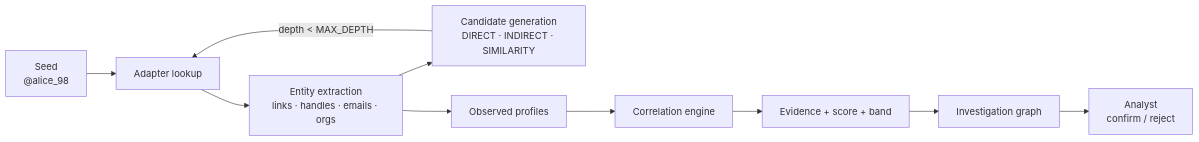
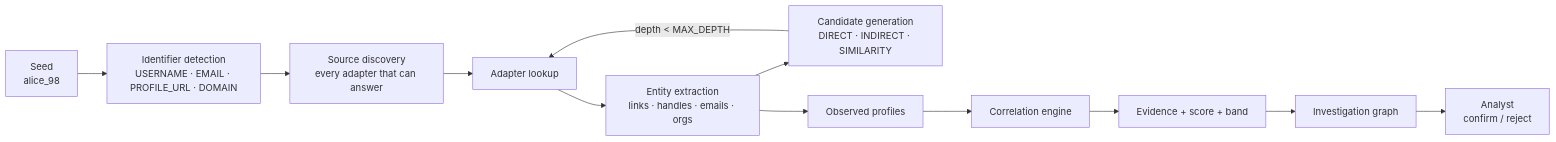
One commit to antsyyy/omnicient changed the second of 4 diagrams in README.md. Above: the diagram before and after it, drawn with Mermaid. The commit also changed other lines of this file, not shown here.

````diff
--- a/README.md
+++ b/README.md
@@ -147,12 +162,14 @@
 ```mermaid
 flowchart LR
-    S["Seed<br/>@alice_98"] --> L["Adapter lookup"]
+    S["Seed<br/>alice_98"] --> D["Identifier detection<br/>USERNAME · EMAIL · PROFILE_URL · DOMAIN"]
+    D --> SD["Source discovery<br/>every adapter that can answer"]
+    SD --> L["Adapter lookup"]
     L --> X["Entity extraction<br/>links · handles · emails · orgs"]
     X --> C["Candidate generation<br/>DIRECT · INDIRECT · SIMILARITY"]
     C -->|"depth < MAX_DEPTH"| L
     X --> P["Observed profiles"]
     P --> CORR["Correlation engine"]
     CORR --> EV["Evidence + score + band"]
     EV --> G["Investigation graph"]
     G --> A["Analyst<br/>confirm / reject"]
 ```
````
